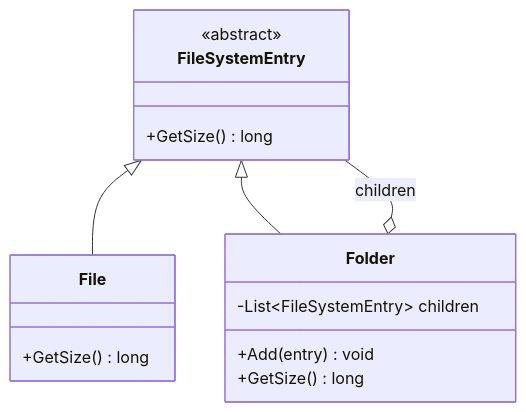
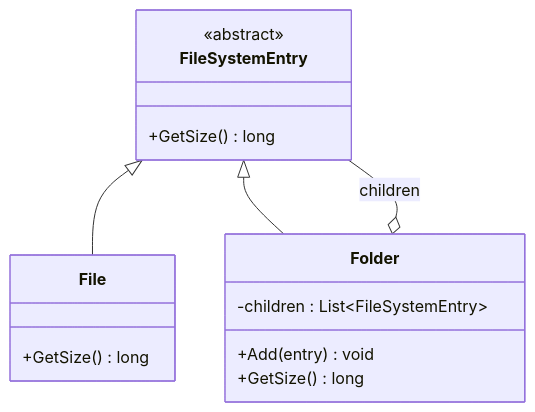
One commit to tushardongre1990/LLD-Claude changed the diagram in 00-Foundations/04-Design-Patterns/Structural/Composite/notes.md. Above: the diagram before and after it, drawn with Mermaid. The commit also changed 19 other files, not shown here.

First line of the commit message:
docs(00-Foundations): fix mermaid attribute ordering to name : type

````diff
--- a/00-Foundations/04-Design-Patterns/Structural/Composite/notes.md
+++ b/00-Foundations/04-Design-Patterns/Structural/Composite/notes.md
@@ -10,18 +10,18 @@
 ```mermaid
 classDiagram
     class FileSystemEntry {
         <<abstract>>
         +GetSize() long
     }
     class File {
         +GetSize() long
     }
     class Folder {
-        -List~FileSystemEntry~ children
+        -children : List~FileSystemEntry~
         +Add(entry) void
         +GetSize() long
     }
     FileSystemEntry <|-- File
     FileSystemEntry <|-- Folder
     Folder o-- FileSystemEntry : children
 ```
````
